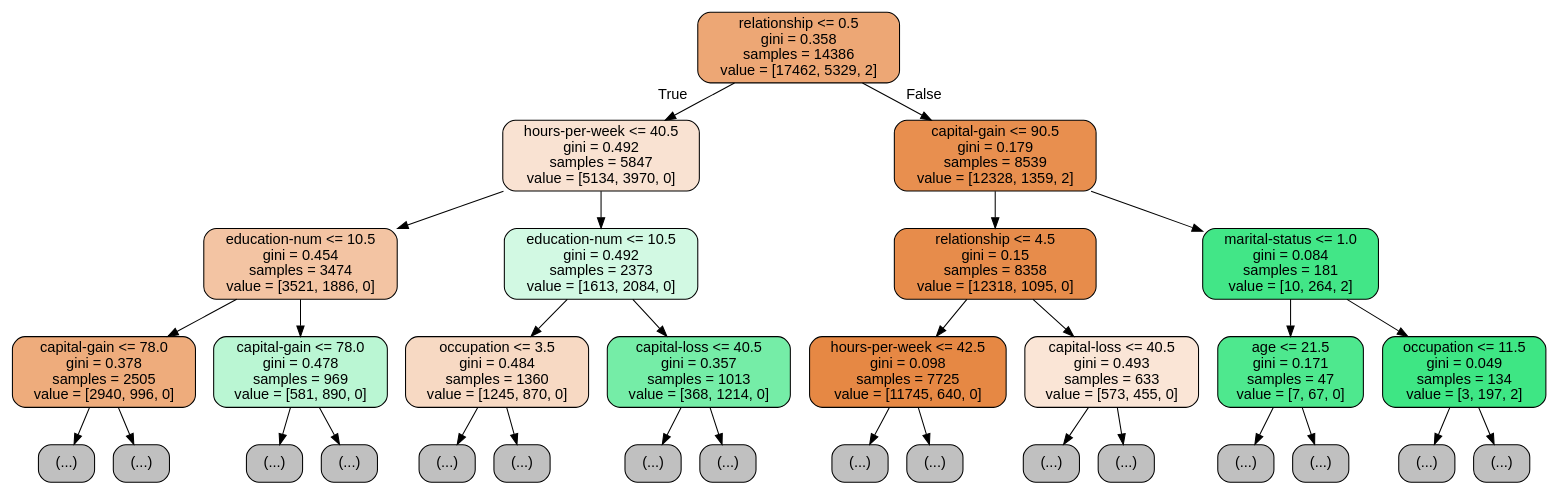
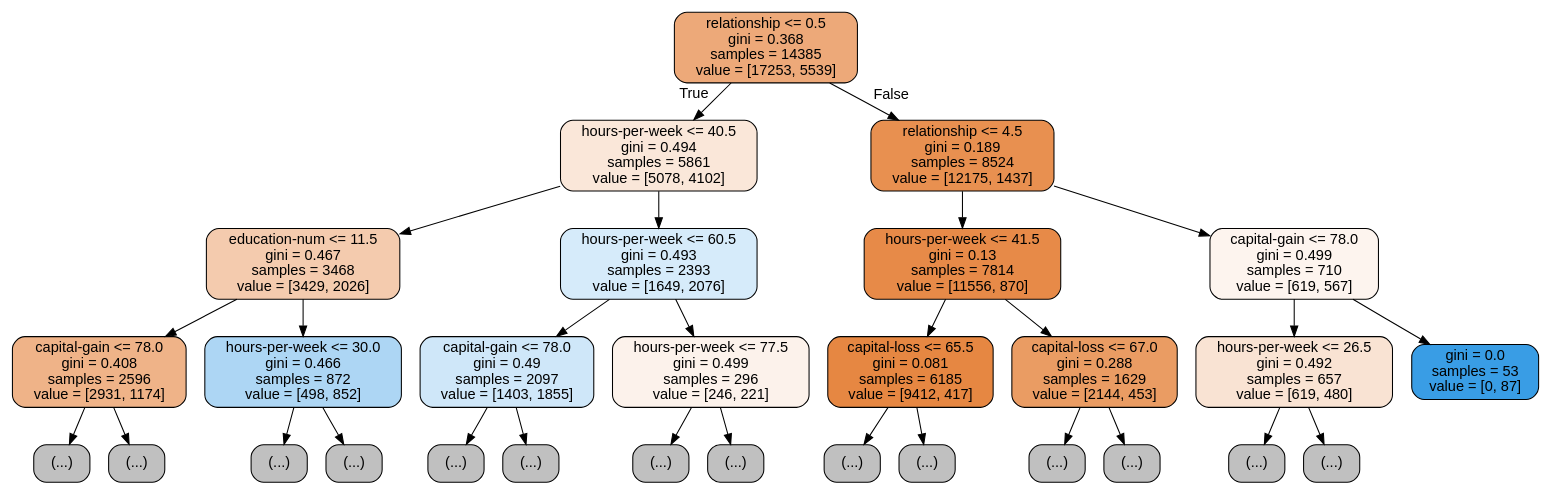
Before and after one commit to Banghyungjin/jupyter_test: the diagram in tree2.dot, drawn with Graphviz. The commit also changed 3 other files, not shown here.

```diff
--- a/tree2.dot
+++ b/tree2.dot
@@ -1,65 +1,61 @@
 digraph Tree {
 node [shape=box, style="filled, rounded", color="black", fontname=helvetica] ;
 edge [fontname=helvetica] ;
-0 [label="relationship <= 0.5\ngini = 0.358\nsamples = 14386\nvalue = [17462, 5329, 2]", fillcolor="#eda775"] ;
-1 [label="hours-per-week <= 40.5\ngini = 0.492\nsamples = 5847\nvalue = [5134, 3970, 0]", fillcolor="#f9e2d2"] ;
+0 [label="relationship <= 0.5\ngini = 0.368\nsamples = 14385\nvalue = [17253, 5539]", fillcolor="#eda979"] ;
+1 [label="hours-per-week <= 40.5\ngini = 0.494\nsamples = 5861\nvalue = [5078, 4102]", fillcolor="#fae7d9"] ;
 0 -> 1 [labeldistance=2.5, labelangle=45, headlabel="True"] ;
-2 [label="education-num <= 10.5\ngini = 0.454\nsamples = 3474\nvalue = [3521, 1886, 0]", fillcolor="#f3c4a3"] ;
+2 [label="education-num <= 11.5\ngini = 0.467\nsamples = 3468\nvalue = [3429, 2026]", fillcolor="#f4cbae"] ;
 1 -> 2 ;
-3 [label="capital-gain <= 78.0\ngini = 0.378\nsamples = 2505\nvalue = [2940, 996, 0]", fillcolor="#eeac7c"] ;
+3 [label="capital-gain <= 78.0\ngini = 0.408\nsamples = 2596\nvalue = [2931, 1174]", fillcolor="#efb388"] ;
 2 -> 3 ;
 4 [label="(...)", fillcolor="#C0C0C0"] ;
 3 -> 4 ;
-95 [label="(...)", fillcolor="#C0C0C0"] ;
-3 -> 95 ;
-102 [label="capital-gain <= 78.0\ngini = 0.478\nsamples = 969\nvalue = [581, 890, 0]", fillcolor="#baf6d3"] ;
-2 -> 102 ;
-103 [label="(...)", fillcolor="#C0C0C0"] ;
-102 -> 103 ;
-142 [label="(...)", fillcolor="#C0C0C0"] ;
-102 -> 142 ;
-143 [label="education-num <= 10.5\ngini = 0.492\nsamples = 2373\nvalue = [1613, 2084, 0]", fillcolor="#d2f9e3"] ;
-1 -> 143 ;
-144 [label="occupation <= 3.5\ngini = 0.484\nsamples = 1360\nvalue = [1245, 870, 0]", fillcolor="#f7d9c3"] ;
-143 -> 144 ;
-145 [label="(...)", fillcolor="#C0C0C0"] ;
-144 -> 145 ;
-192 [label="(...)", fillcolor="#C0C0C0"] ;
-144 -> 192 ;
-273 [label="capital-loss <= 40.5\ngini = 0.357\nsamples = 1013\nvalue = [368, 1214, 0]", fillcolor="#75eda7"] ;
-143 -> 273 ;
-274 [label="(...)", fillcolor="#C0C0C0"] ;
-273 -> 274 ;
-275 [label="(...)", fillcolor="#C0C0C0"] ;
-273 -> 275 ;
-280 [label="capital-gain <= 90.5\ngini = 0.179\nsamples = 8539\nvalue = [12328, 1359, 2]", fillcolor="#e88f4f"] ;
+107 [label="(...)", fillcolor="#C0C0C0"] ;
+3 -> 107 ;
+112 [label="hours-per-week <= 30.0\ngini = 0.466\nsamples = 872\nvalue = [498, 852]", fillcolor="#add6f4"] ;
+2 -> 112 ;
+113 [label="(...)", fillcolor="#C0C0C0"] ;
+112 -> 113 ;
+122 [label="(...)", fillcolor="#C0C0C0"] ;
+112 -> 122 ;
+159 [label="hours-per-week <= 60.5\ngini = 0.493\nsamples = 2393\nvalue = [1649, 2076]", fillcolor="#d6ebfa"] ;
+1 -> 159 ;
+160 [label="capital-gain <= 78.0\ngini = 0.49\nsamples = 2097\nvalue = [1403, 1855]", fillcolor="#cfe7f9"] ;
+159 -> 160 ;
+161 [label="(...)", fillcolor="#C0C0C0"] ;
+160 -> 161 ;
+234 [label="(...)", fillcolor="#C0C0C0"] ;
+160 -> 234 ;
+239 [label="hours-per-week <= 77.5\ngini = 0.499\nsamples = 296\nvalue = [246, 221]", fillcolor="#fcf2eb"] ;
+159 -> 239 ;
+240 [label="(...)", fillcolor="#C0C0C0"] ;
+239 -> 240 ;
+271 [label="(...)", fillcolor="#C0C0C0"] ;
+239 -> 271 ;
+280 [label="relationship <= 4.5\ngini = 0.189\nsamples = 8524\nvalue = [12175, 1437]", fillcolor="#e89050"] ;
 0 -> 280 [labeldistance=2.5, labelangle=-45, headlabel="False"] ;
-281 [label="relationship <= 4.5\ngini = 0.15\nsamples = 8358\nvalue = [12318, 1095, 0]", fillcolor="#e78c4b"] ;
+281 [label="hours-per-week <= 41.5\ngini = 0.13\nsamples = 7814\nvalue = [11556, 870]", fillcolor="#e78a48"] ;
 280 -> 281 ;
-282 [label="hours-per-week <= 42.5\ngini = 0.098\nsamples = 7725\nvalue = [11745, 640, 0]", fillcolor="#e68844"] ;
+282 [label="capital-loss <= 65.5\ngini = 0.081\nsamples = 6185\nvalue = [9412, 417]", fillcolor="#e68742"] ;
 281 -> 282 ;
 283 [label="(...)", fillcolor="#C0C0C0"] ;
 282 -> 283 ;
-376 [label="(...)", fillcolor="#C0C0C0"] ;
-282 -> 376 ;
-487 [label="capital-loss <= 40.5\ngini = 0.493\nsamples = 633\nvalue = [573, 455, 0]", fillcolor="#fae5d6"] ;
-281 -> 487 ;
-488 [label="(...)", fillcolor="#C0C0C0"] ;
-487 -> 488 ;
-539 [label="(...)", fillcolor="#C0C0C0"] ;
-487 -> 539 ;
-544 [label="marital-status <= 1.0\ngini = 0.084\nsamples = 181\nvalue = [10, 264, 2]", fillcolor="#42e687"] ;
-280 -> 544 ;
-545 [label="age <= 21.5\ngini = 0.171\nsamples = 47\nvalue = [7, 67, 0]", fillcolor="#4ee88e"] ;
-544 -> 545 ;
-546 [label="(...)", fillcolor="#C0C0C0"] ;
-545 -> 546 ;
-547 [label="(...)", fillcolor="#C0C0C0"] ;
-545 -> 547 ;
-550 [label="occupation <= 11.5\ngini = 0.049\nsamples = 134\nvalue = [3, 197, 2]", fillcolor="#3ee684"] ;
-544 -> 550 ;
+410 [label="(...)", fillcolor="#C0C0C0"] ;
+282 -> 410 ;
+413 [label="capital-loss <= 67.0\ngini = 0.288\nsamples = 1629\nvalue = [2144, 453]", fillcolor="#ea9c63"] ;
+281 -> 413 ;
+414 [label="(...)", fillcolor="#C0C0C0"] ;
+413 -> 414 ;
 551 [label="(...)", fillcolor="#C0C0C0"] ;
-550 -> 551 ;
+413 -> 551 ;
+554 [label="capital-gain <= 78.0\ngini = 0.499\nsamples = 710\nvalue = [619, 567]", fillcolor="#fdf4ee"] ;
+280 -> 554 ;
+555 [label="hours-per-week <= 26.5\ngini = 0.492\nsamples = 657\nvalue = [619, 480]", fillcolor="#f9e3d3"] ;
+554 -> 555 ;
 556 [label="(...)", fillcolor="#C0C0C0"] ;
-550 -> 556 ;
+555 -> 556 ;
+573 [label="(...)", fillcolor="#C0C0C0"] ;
+555 -> 573 ;
+614 [label="gini = 0.0\nsamples = 53\nvalue = [0, 87]", fillcolor="#399de5"] ;
+554 -> 614 ;
 }
```
